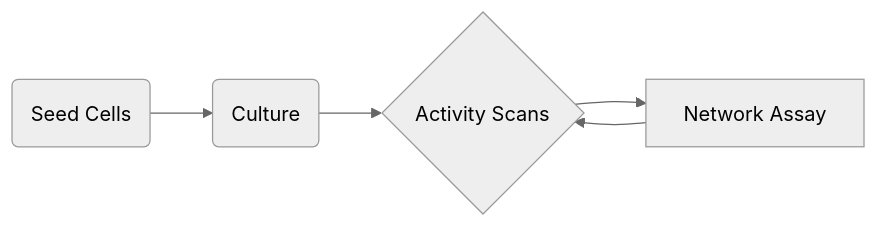
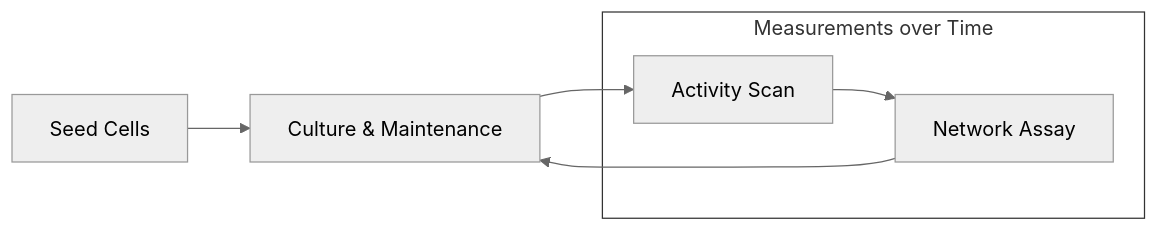
One commit to dcolam/SOPs_MaxWell changed the diagram in maxtwo_part2.qmd. Above: the diagram before and after it, drawn with Mermaid (neutral theme). The commit also changed other lines of this file and 31 other files, not shown here.

````diff
--- a/maxtwo_part2.qmd
+++ b/maxtwo_part2.qmd
@@ -16,7 +15,12 @@
 ```{mermaid}
 flowchart LR
-A(Seed Cells) --> B(Culture)
-B --> C{Activity Scans}
-C --> D[Network Assay]
-D --> C
+A["Seed Cells"] --> B["Culture & Maintenance"]
+
+subgraph T["Measurements over Time"]
+  C["Activity Scan"] --> D["Network Assay"]
+end
+
+B --> C
+D --> B
+style T fill:#ffffff,stroke:#333333,stroke-width:1px
 ```
````
